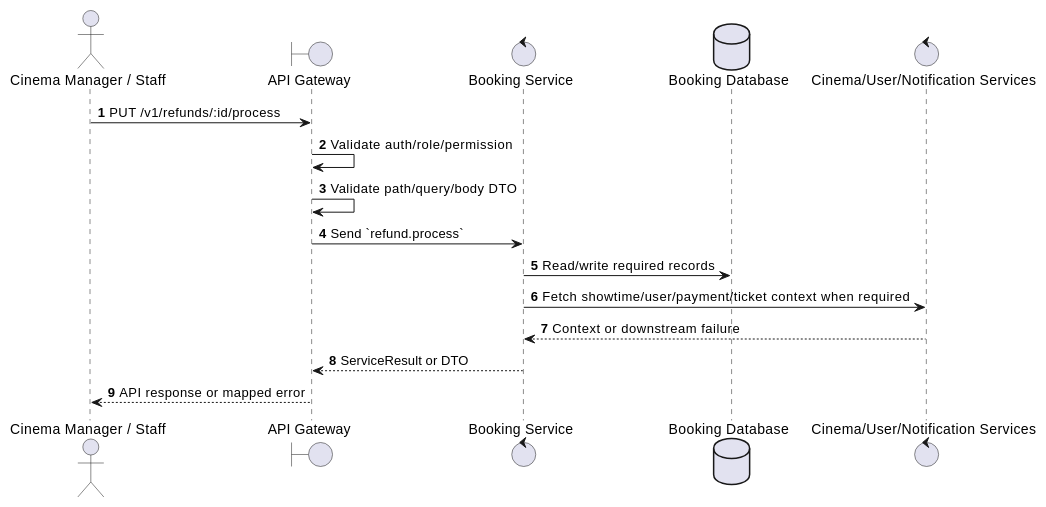
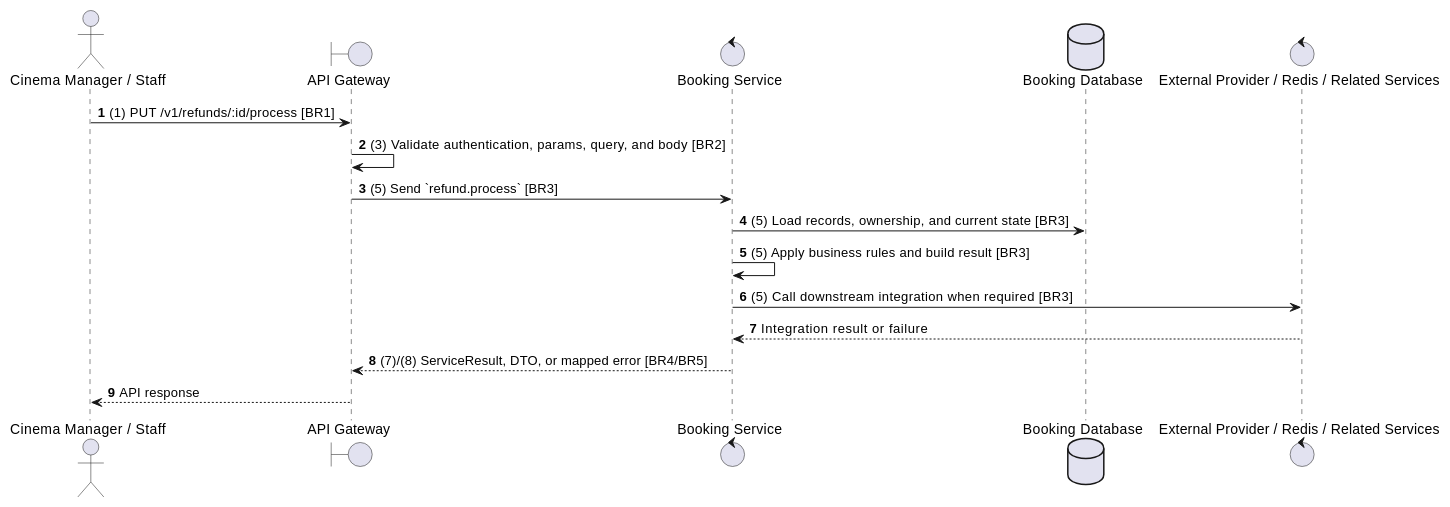
The second of 2 diagrams in docs/functional_specs/3.8_Refund_Management_Module/RF-05_Process_Refund.md (Tanh1603/movie-hub-architecture), drawn with PlantUML before and after one commit. The commit also changed other lines of this file and 129 other files, not shown here.

````diff
--- a/docs/functional_specs/3.8_Refund_Management_Module/RF-05_Process_Refund.md
+++ b/docs/functional_specs/3.8_Refund_Management_Module/RF-05_Process_Refund.md
@@ -17,20 +64,20 @@
 ```plantuml
 @startuml
 autonumber
 actor "Cinema Manager / Staff" as Actor
 boundary "API Gateway" as GW
 control "Booking Service" as SVC
 database "Booking Database" as DB
-control "Cinema/User/Notification Services" as EXT
+control "External Provider / Redis / Related Services" as EXT
 
-Actor -> GW: PUT /v1/refunds/:id/process
-GW -> GW: Validate auth/role/permission
-GW -> GW: Validate path/query/body DTO
-GW -> SVC: Send `refund.process`
-SVC -> DB: Read/write required records
-SVC -> EXT: Fetch showtime/user/payment/ticket context when required
-EXT --> SVC: Context or downstream failure
-SVC --> GW: ServiceResult or DTO
-GW --> Actor: API response or mapped error
+Actor -> GW: (1) PUT /v1/refunds/:id/process [BR1]
+GW -> GW: (3) Validate authentication, params, query, and body [BR2]
+GW -> SVC: (5) Send `refund.process` [BR3]
+SVC -> DB: (5) Load records, ownership, and current state [BR3]
+SVC -> SVC: (5) Apply business rules and build result [BR3]
+SVC -> EXT: (5) Call downstream integration when required [BR3]
+EXT --> SVC: Integration result or failure
+SVC --> GW: (7)/(8) ServiceResult, DTO, or mapped error [BR4/BR5]
+GW --> Actor: API response
 @enduml
 ```
````
